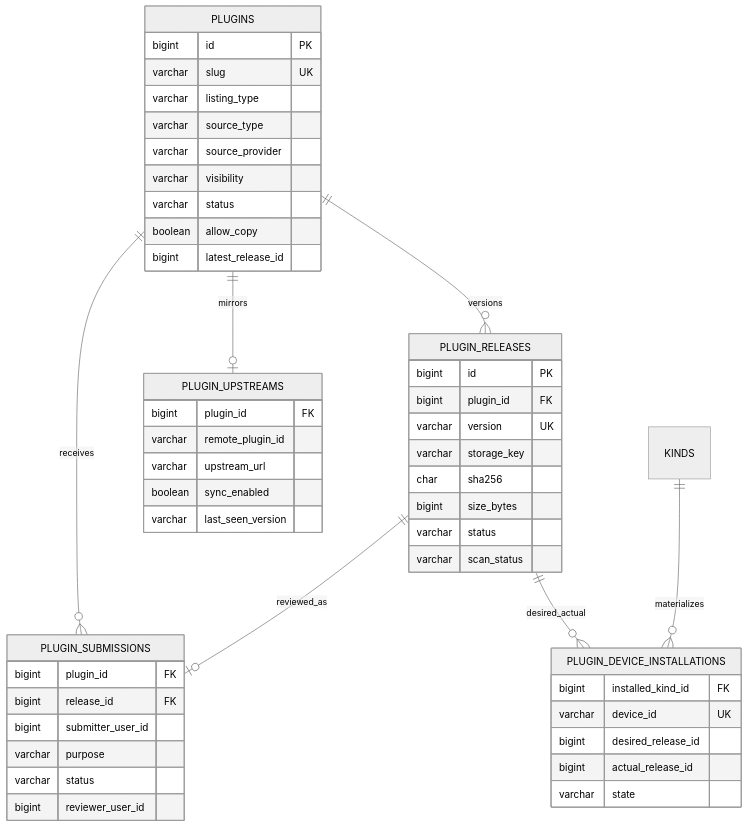
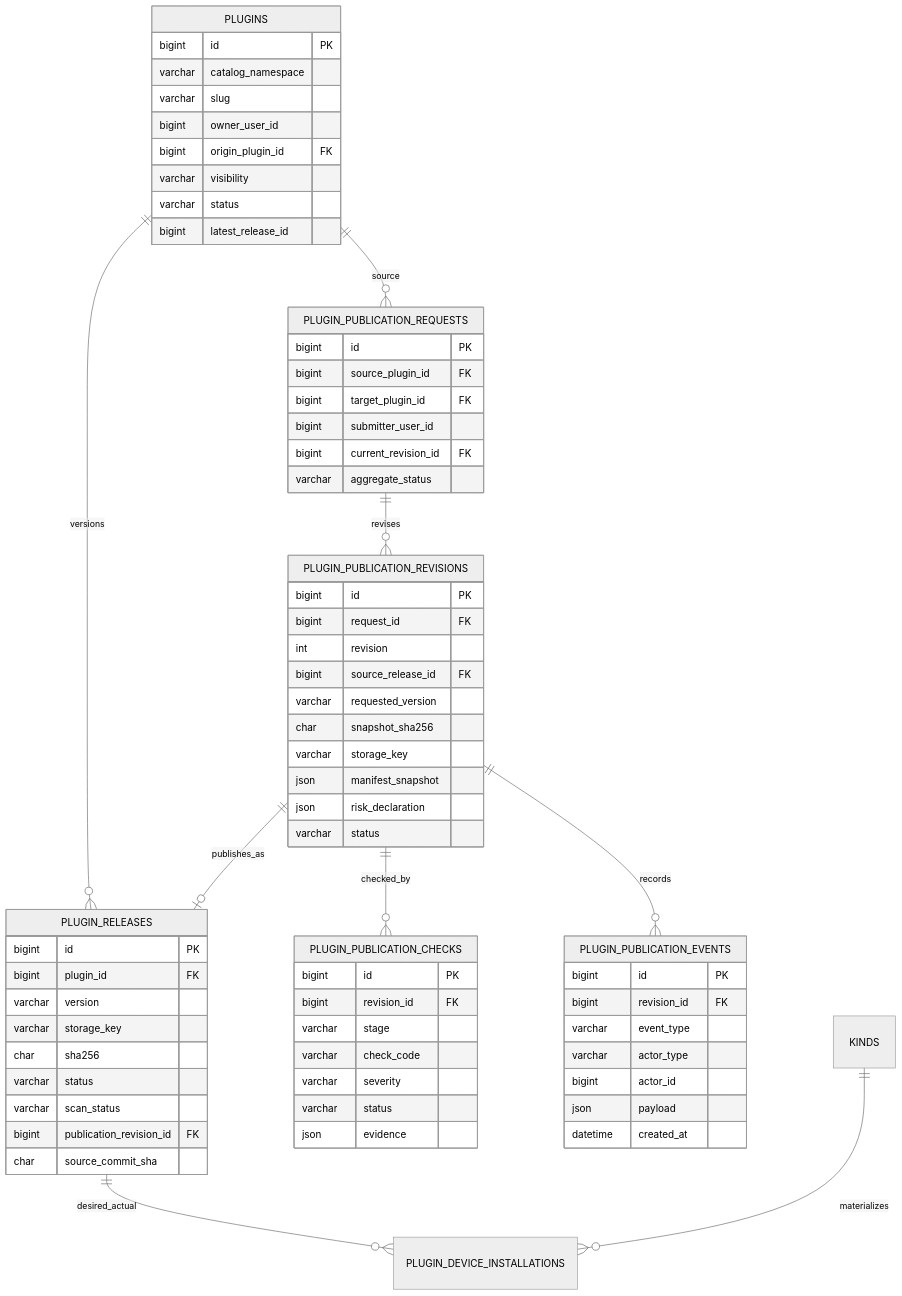
One commit to wecode-ai/Wegent changed the second of 3 diagrams in docs/zh/wework/developer-guide/plugin-marketplace-v2.md. Above: the diagram before and after it, drawn with Mermaid (neutral theme). The commit also changed other lines of this file and 115 other files, not shown here.

Commit message:
feat(plugins): add enterprise publication workflow

````diff
--- a/docs/zh/wework/developer-guide/plugin-marketplace-v2.md
+++ b/docs/zh/wework/developer-guide/plugin-marketplace-v2.md
@@ -46,53 +164,71 @@
 ```mermaid
 erDiagram
   PLUGINS ||--o{ PLUGIN_RELEASES : versions
-  PLUGINS ||--o| PLUGIN_UPSTREAMS : mirrors
-  PLUGINS ||--o{ PLUGIN_SUBMISSIONS : receives
-  PLUGIN_RELEASES ||--o| PLUGIN_SUBMISSIONS : reviewed_as
+  PLUGINS ||--o{ PLUGIN_PUBLICATION_REQUESTS : source
+  PLUGIN_PUBLICATION_REQUESTS ||--o{ PLUGIN_PUBLICATION_REVISIONS : revises
+  PLUGIN_PUBLICATION_REVISIONS ||--o{ PLUGIN_PUBLICATION_CHECKS : checked_by
+  PLUGIN_PUBLICATION_REVISIONS ||--o{ PLUGIN_PUBLICATION_EVENTS : records
+  PLUGIN_PUBLICATION_REVISIONS ||--o| PLUGIN_RELEASES : publishes_as
   PLUGIN_RELEASES ||--o{ PLUGIN_DEVICE_INSTALLATIONS : desired_actual
   KINDS ||--o{ PLUGIN_DEVICE_INSTALLATIONS : materializes
 
   PLUGINS {
     bigint id PK
-    varchar slug UK
-    varchar listing_type
-    varchar source_type
-    varchar source_provider
+    varchar catalog_namespace
+    varchar slug
+    bigint owner_user_id
+    bigint origin_plugin_id FK
     varchar visibility
     varchar status
-    boolean allow_copy
     bigint latest_release_id
   }
   PLUGIN_RELEASES {
     bigint id PK
     bigint plugin_id FK
-    varchar version UK
+    varchar version
     varchar storage_key
     char sha256
-    bigint size_bytes
     varchar status
     varchar scan_status
+    bigint publication_revision_id FK
+    char source_commit_sha
   }
-  PLUGIN_UPSTREAMS {
-    bigint plugin_id FK
-    varchar remote_plugin_id
-    varchar upstream_url
-    boolean sync_enabled
-    varchar last_seen_version
+  PLUGIN_PUBLICATION_REQUESTS {
+    bigint id PK
+    bigint source_plugin_id FK
+    bigint target_plugin_id FK
+    bigint submitter_user_id
+    bigint current_revision_id FK
+    varchar aggregate_status
   }
-  PLUGIN_SUBMISSIONS {
-    bigint plugin_id FK
-    bigint release_id FK
-    bigint submitter_user_id
-    varchar purpose
+  PLUGIN_PUBLICATION_REVISIONS {
+    bigint id PK
+    bigint request_id FK
+    int revision
+    bigint source_release_id FK
+    varchar requested_version
+    char snapshot_sha256
+    varchar storage_key
+    json manifest_snapshot
+    json risk_declaration
     varchar status
-    bigint reviewer_user_id
   }
-  PLUGIN_DEVICE_INSTALLATIONS {
-    bigint installed_kind_id FK
-    varchar device_id UK
-    bigint desired_release_id
-    bigint actual_release_id
-    varchar state
+  PLUGIN_PUBLICATION_CHECKS {
+    bigint id PK
+    bigint revision_id FK
+    varchar stage
+    varchar check_code
+    varchar severity
+    varchar status
+    json evidence
+  }
+  PLUGIN_PUBLICATION_EVENTS {
+    bigint id PK
+    bigint revision_id FK
+    varchar event_type
+    varchar actor_type
+    bigint actor_id
+    json payload
+    datetime created_at
   }
 ```
````
